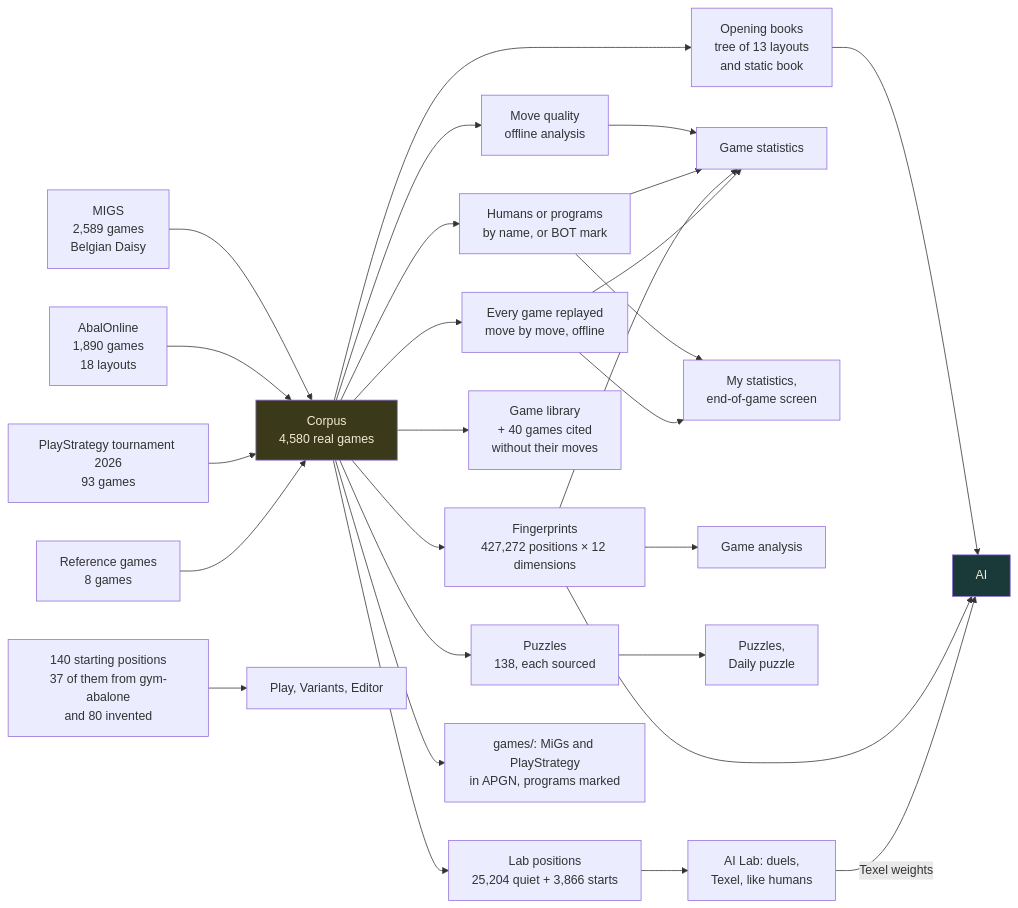
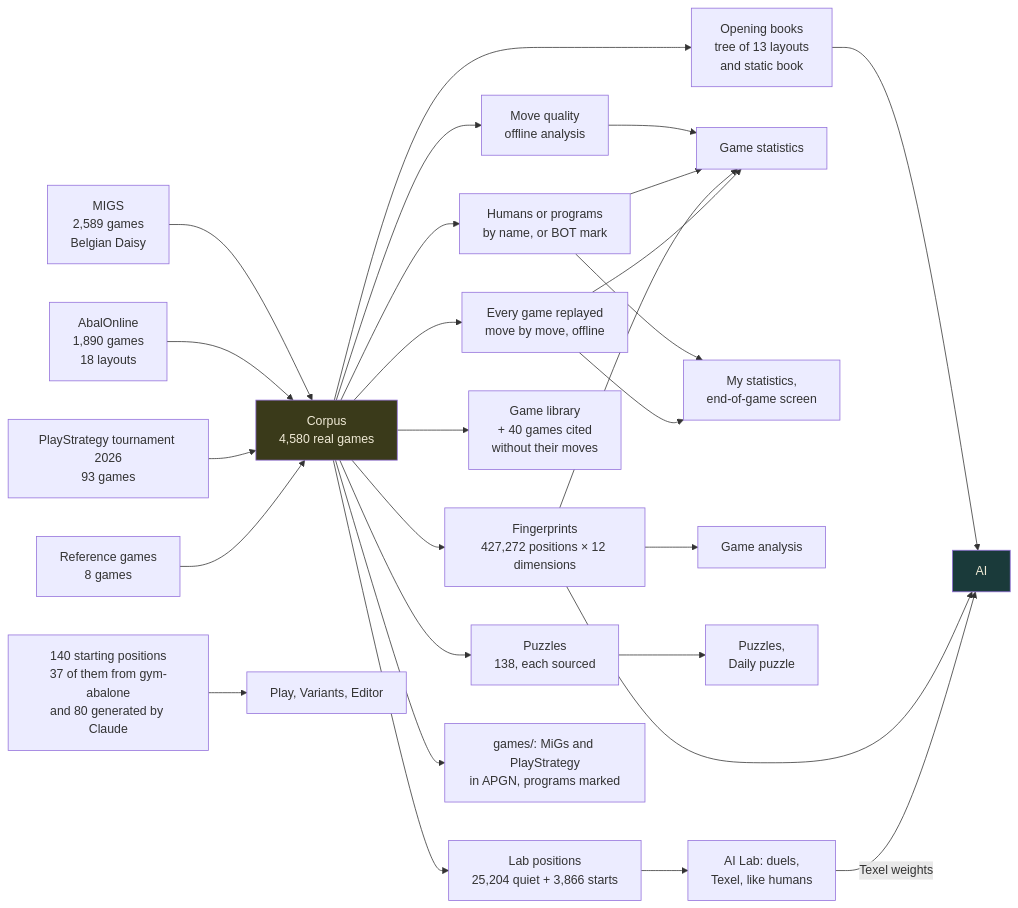
One commit to ocj94/Abalassembly changed the second of 3 diagrams in docs-en/Architecture.en.md. Above: the diagram before and after it, drawn with Mermaid. The commit also changed other lines of this file and 17 other files, not shown here.

````diff
--- a/docs-en/Architecture.en.md
+++ b/docs-en/Architecture.en.md
@@ -61,34 +61,34 @@
 ```mermaid
 flowchart LR
     S1[MIGS<br/>2,589 games<br/>Belgian Daisy] --> C[Corpus<br/>4,580 real games]
     S2[AbalOnline<br/>1,890 games<br/>18 layouts] --> C
     S3[PlayStrategy tournament 2026<br/>93 games] --> C
     S4[Reference games<br/>8 games] --> C
 
     C --> O[Opening books<br/>tree of 13 layouts<br/>and static book]
     C --> E[Fingerprints<br/>427,272 positions × 12 dimensions]
     C --> R[Every game replayed<br/>move by move, offline]
     C --> P[Puzzles<br/>138, each sourced]
     C --> LP[Lab positions<br/>25,204 quiet + 3,866 starts]
     C --> L[Game library<br/>+ 40 games cited<br/>without their moves]
     C --> Q[Move quality<br/>offline analysis]
     C --> HP[Humans or programs<br/>by name, or BOT mark]
     C --> AP[games/: MiGs and PlayStrategy<br/>in APGN, programs marked]
-    D[140 starting positions<br/>37 of them from gym-abalone<br/>and 80 invented] --> V[Play, Variants, Editor]
+    D[140 starting positions<br/>37 of them from gym-abalone<br/>and 80 generated by Claude] --> V[Play, Variants, Editor]
     Q --> ST
     HP --> ST
     HP --> MS
 
     O --> AI[AI]
     E --> AI
     E --> AN[Game analysis]
     E --> ST[Game statistics]
     R --> ST
     R --> MS[My statistics,<br/>end-of-game screen]
     P --> PB[Puzzles,<br/>Daily puzzle]
     LP --> LAB[AI Lab: duels,<br/>Texel, like humans]
     LAB -->|Texel weights| AI
 
     style C fill:#3a3a1a,color:#f0ead6
     style AI fill:#1a3a3a,color:#f0ead6
 ```
````
